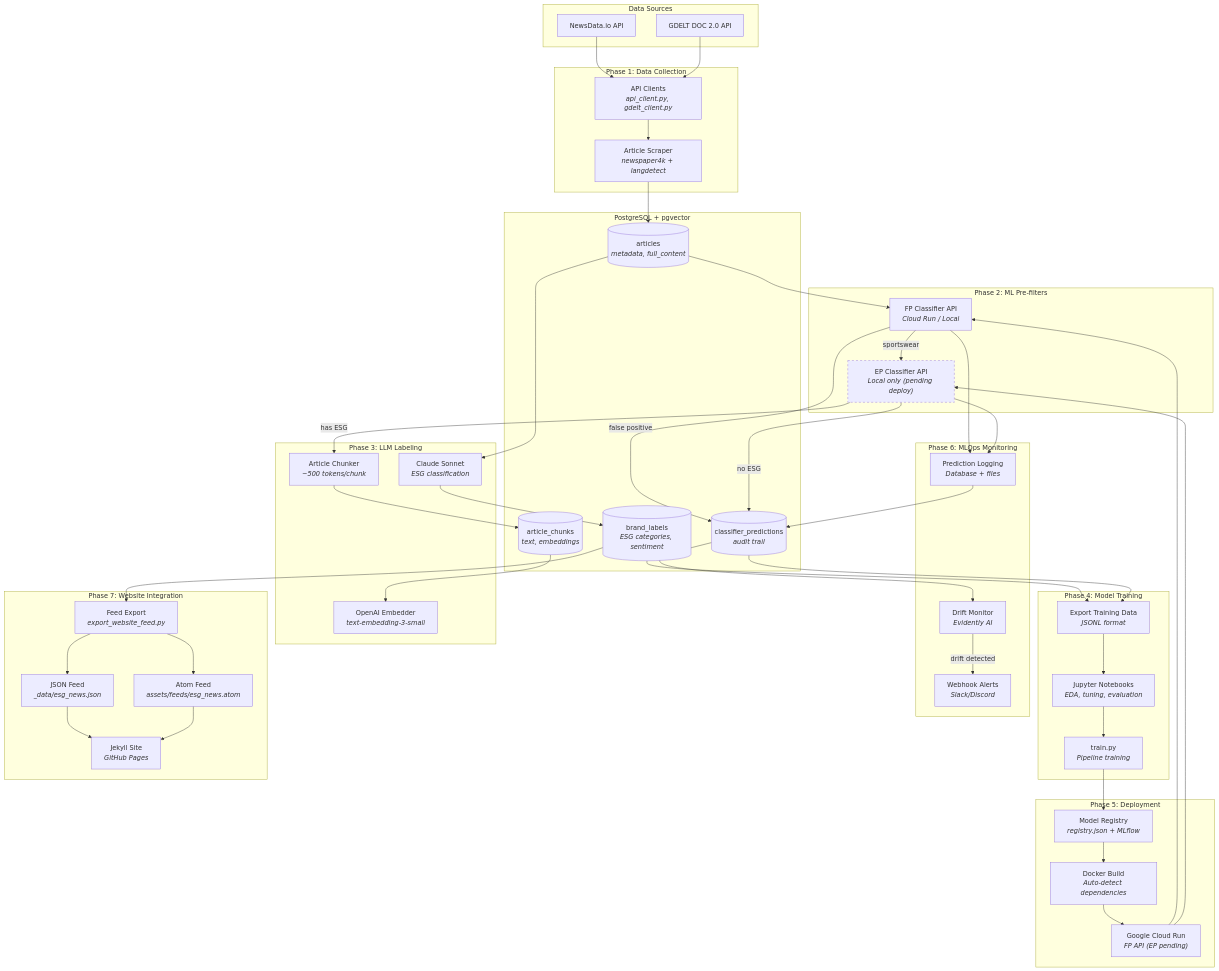
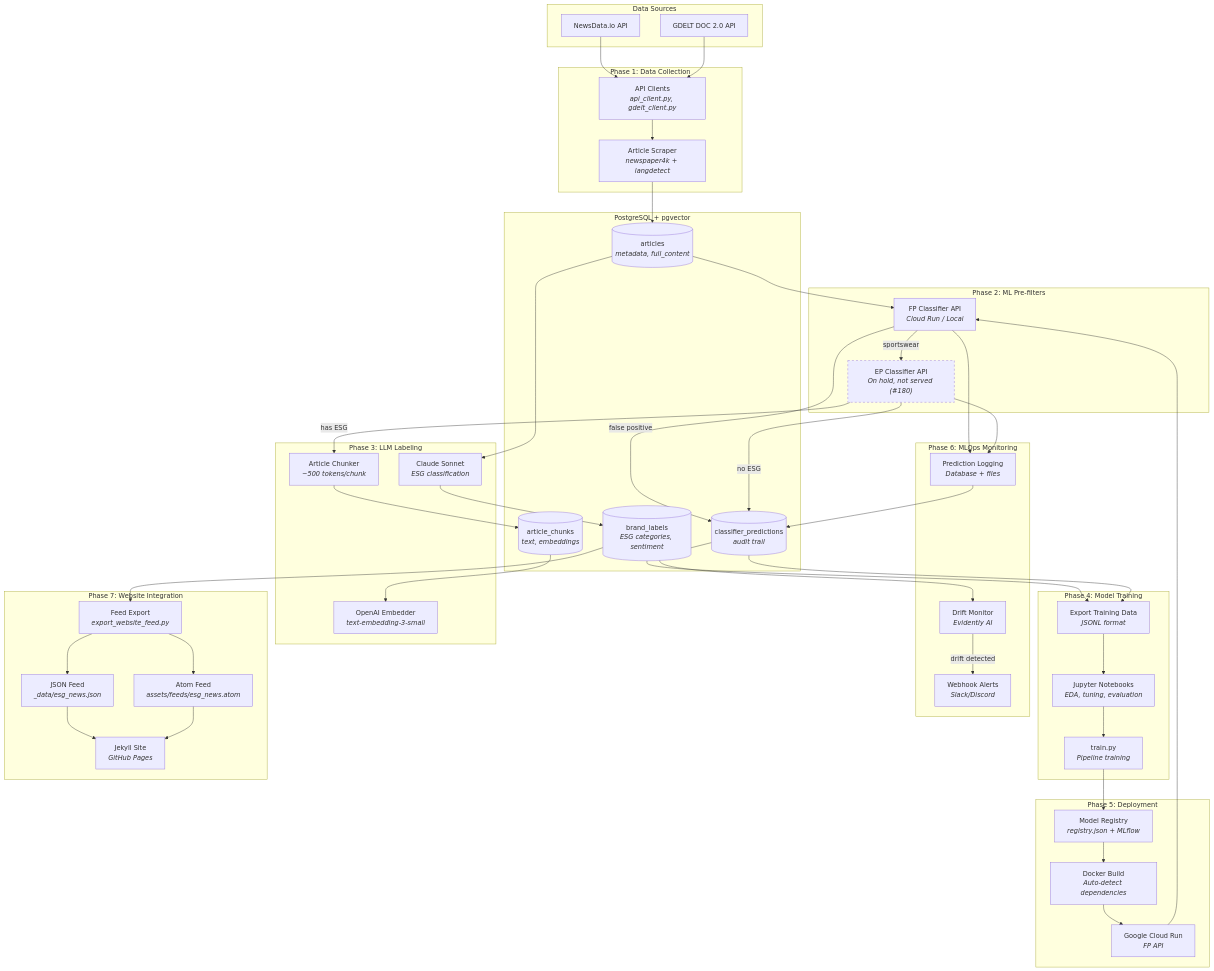
The diagram in README.md (frederick-douglas-pearce/sportswear-esg-news-classifier), drawn with Mermaid before and after one commit. The commit also changed other lines of this file and 9 other files, not shown here.

```diff
--- a/README.md
+++ b/README.md
@@ -149,7 +149,7 @@
 
     subgraph prefilter["Phase 2: ML Pre-filters"]
         fp_api["FP Classifier API<br/><i>Cloud Run / Local</i>"]
-        ep_api["EP Classifier API<br/><i>Local only (pending deploy)</i>"]
+        ep_api["EP Classifier API<br/><i>On hold, not served (#180)</i>"]
     end
 
     subgraph labeling["Phase 3: LLM Labeling"]
@@ -167,7 +167,7 @@
     subgraph deployment["Phase 5: Deployment"]
         registry["Model Registry<br/><i>registry.json + MLflow</i>"]
         docker["Docker Build<br/><i>Auto-detect dependencies</i>"]
-        cloudrun["Google Cloud Run<br/><i>FP API (EP pending)</i>"]
+        cloudrun["Google Cloud Run<br/><i>FP API</i>"]
     end
 
     subgraph monitoring["Phase 6: MLOps Monitoring"]
@@ -213,7 +213,6 @@
     registry --> docker
     docker --> cloudrun
     cloudrun --> fp_api
-    cloudrun --> ep_api
 
     %% Monitoring Flow
     fp_api --> pred_logs
```
